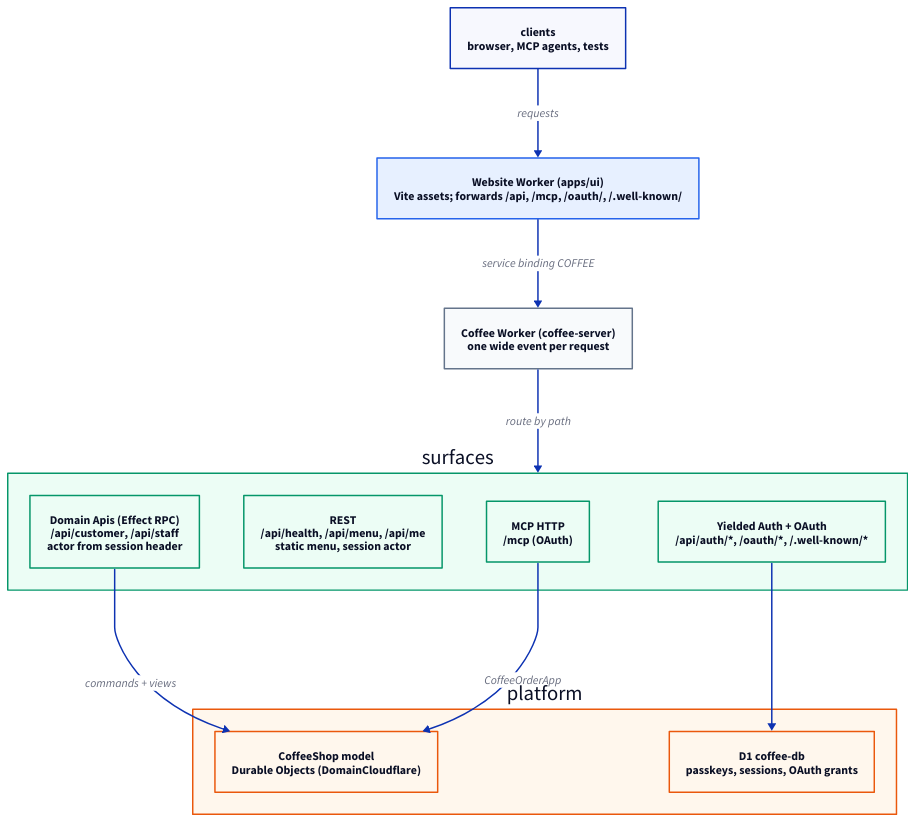
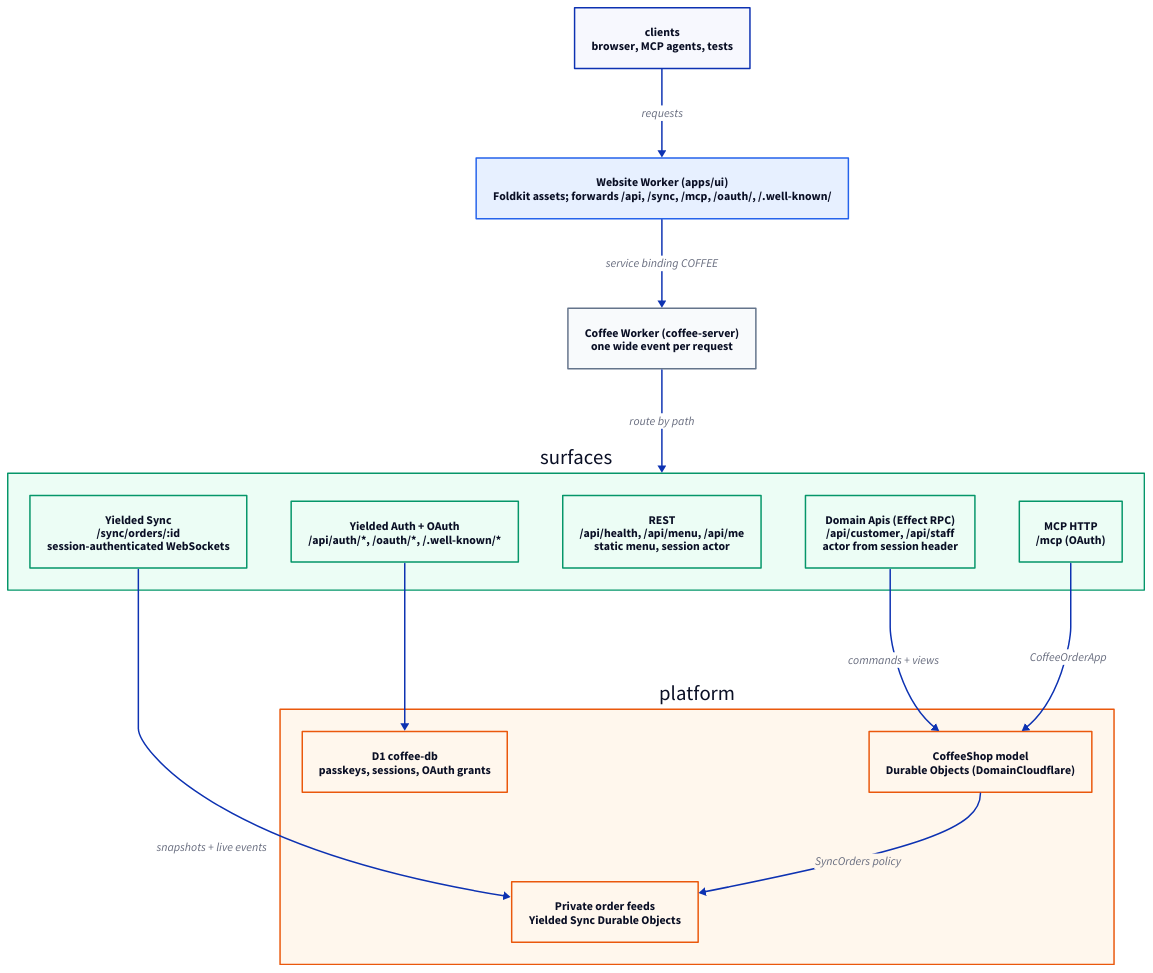
The diagram in docs/architecture/backend-runtime-surfaces.d2 (kevinmichaelchen/effect-coffee-shop), drawn with D2 before and after one commit. The commit also changed 209 other files, not shown here.

First line of the commit message:
feat(ui): Foldkit UI with live Yielded Sync order feeds (#120)

```diff
--- a/docs/architecture/backend-runtime-surfaces.d2
+++ b/docs/architecture/backend-runtime-surfaces.d2
@@ -1,63 +1,72 @@
 direction: down
 
 classes: {
   runtime: {
     style.fill: "#E7F0FF"
     style.stroke: "#2563EB"
   }
   host: {
     style.fill: "#F8FAFC"
     style.stroke: "#64748B"
   }
   surface: {
     style.fill: "#ECFDF5"
     style.stroke: "#059669"
   }
   implementation: {
     style.fill: "#FFF7ED"
     style.stroke: "#EA580C"
   }
 }
 
 clients: "clients\nbrowser, MCP agents, tests"
 
-website: "Website Worker (apps/ui)\nVite assets; forwards /api, /mcp, /oauth/, /.well-known/" {
+website: "Website Worker (apps/ui)\nFoldkit assets; forwards /api, /sync, /mcp, /oauth/, /.well-known/" {
   class: runtime
 }
 
 coffee: "Coffee Worker (coffee-server)\none wide event per request" {
   class: host
 }
 
 surfaces: "surfaces" {
   class: surface
   domain_apis: "Domain Apis (Effect RPC)\n/api/customer, /api/staff\nactor from session header" {
+    class: surface
+  }
+  sync: "Yielded Sync\n/sync/orders/:id\nsession-authenticated WebSockets" {
     class: surface
   }
   rest: "REST\n/api/health, /api/menu, /api/me\nstatic menu, session actor" {
     class: surface
   }
   mcp: "MCP HTTP\n/mcp (OAuth)" {
     class: surface
   }
   auth: "Yielded Auth + OAuth\n/api/auth/*, /oauth/*, /.well-known/*" {
     class: surface
   }
 }
 
 storage: "platform" {
   class: implementation
   model: "CoffeeShop model\nDurable Objects (DomainCloudflare)" {
     class: implementation
   }
+  feeds: "Private order feeds\nYielded Sync Durable Objects" {
+    class: implementation
+  }
   d1: "D1 coffee-db\npasskeys, sessions, OAuth grants" {
     class: implementation
   }
 }
 
 clients -> website: "requests"
 website -> coffee: "service binding COFFEE"
 coffee -> surfaces: "route by path"
 surfaces.domain_apis -> storage.model: "commands + views"
 surfaces.mcp -> storage.model: "CoffeeOrderApp"
 surfaces.auth -> storage.d1
+
+surfaces.sync -> storage.feeds: "snapshots + live events"
+storage.model -> storage.feeds: "SyncOrders policy"
```
